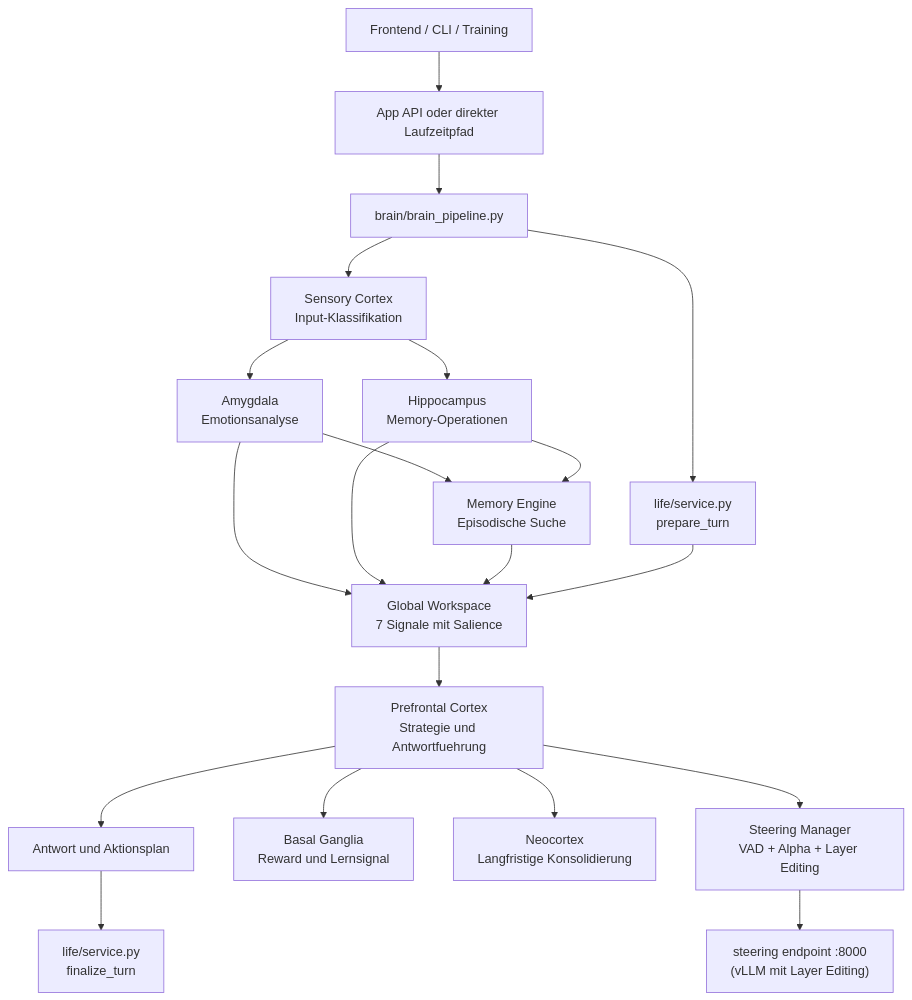
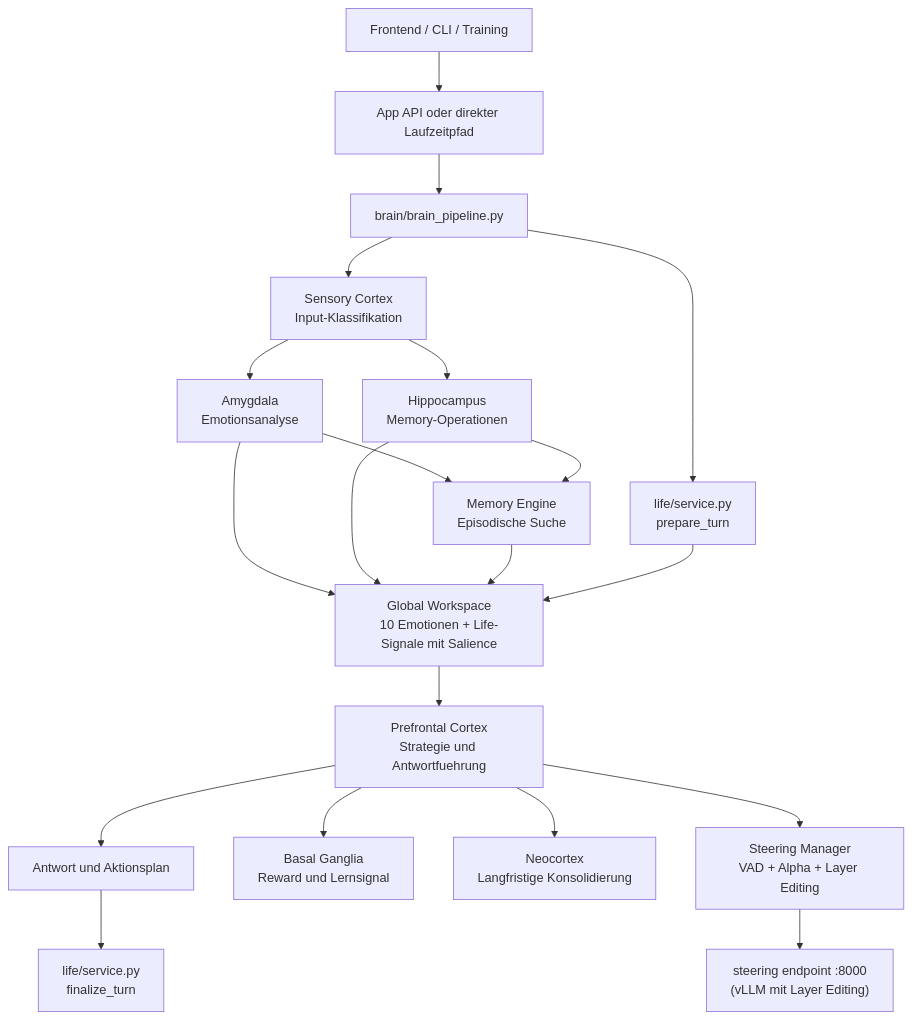
The diagram in docs/architecture.md (017pixel/CHAPPiE), drawn with Mermaid before and after one commit. The commit also changed other lines of this file and 27 other files, not shown here.

````diff
--- a/docs/architecture.md
+++ b/docs/architecture.md
@@ -9,22 +9,22 @@
 ```mermaid
 flowchart TD
     FE["Frontend / CLI / Training"] --> API["App API oder direkter Laufzeitpfad"]
     API --> PIPE["brain/brain_pipeline.py"]
     PIPE --> S["Sensory Cortex\nInput-Klassifikation"]
     PIPE --> L["life/service.py\nprepare_turn"]
     S --> A["Amygdala\nEmotionsanalyse"]
     S --> H["Hippocampus\nMemory-Operationen"]
     A --> M["Memory Engine\nEpisodische Suche"]
     H --> M
-    A --> GW["Global Workspace\n7 Signale mit Salience"]
+    A --> GW["Global Workspace\n10 Emotionen + Life-Signale mit Salience"]
     H --> GW
     M --> GW
     L --> GW
     GW --> P["Prefrontal Cortex\nStrategie und Antwortfuehrung"]
     P --> OUT["Antwort und Aktionsplan"]
     P --> BG["Basal Ganglia\nReward und Lernsignal"]
     P --> N["Neocortex\nLangfristige Konsolidierung"]
     P --> STEER["Steering Manager\nVAD + Alpha + Layer Editing"]
     STEER --> VLLM["steering endpoint :8000\n(vLLM mit Layer Editing)"]
     OUT --> L2["life/service.py\nfinalize_turn"]
 ```
````
